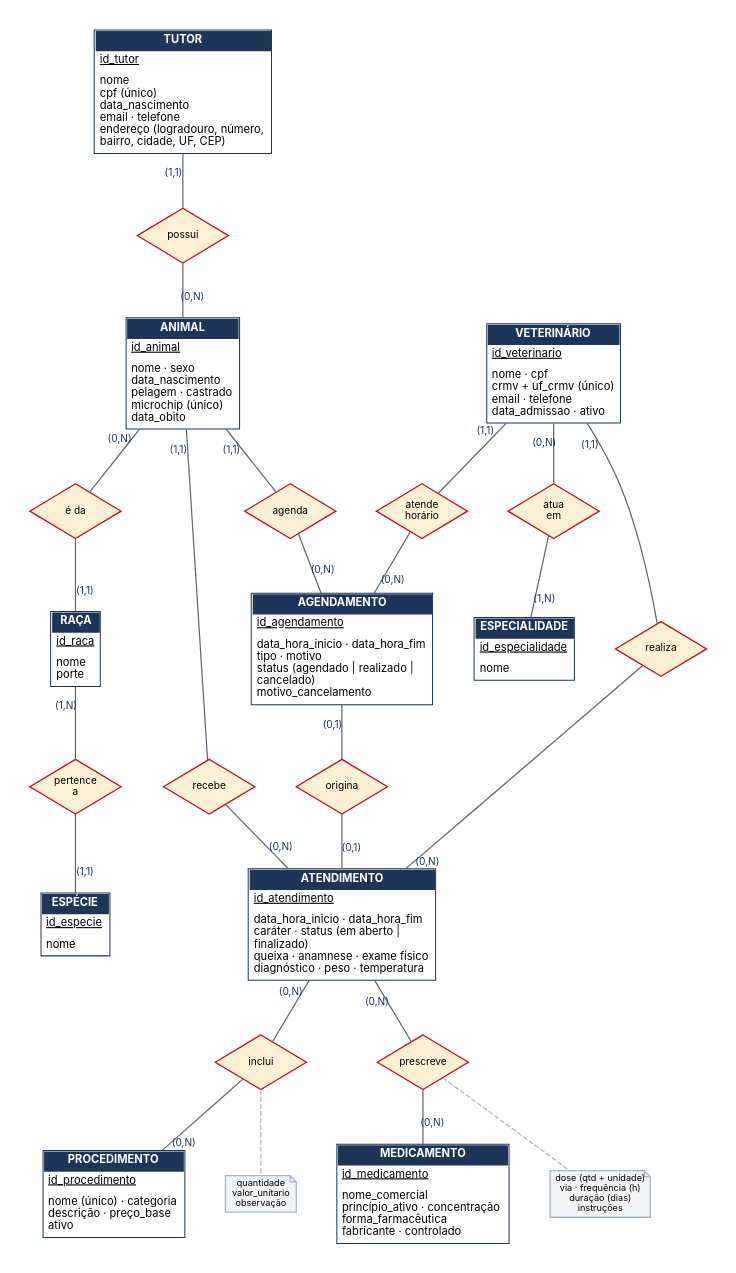
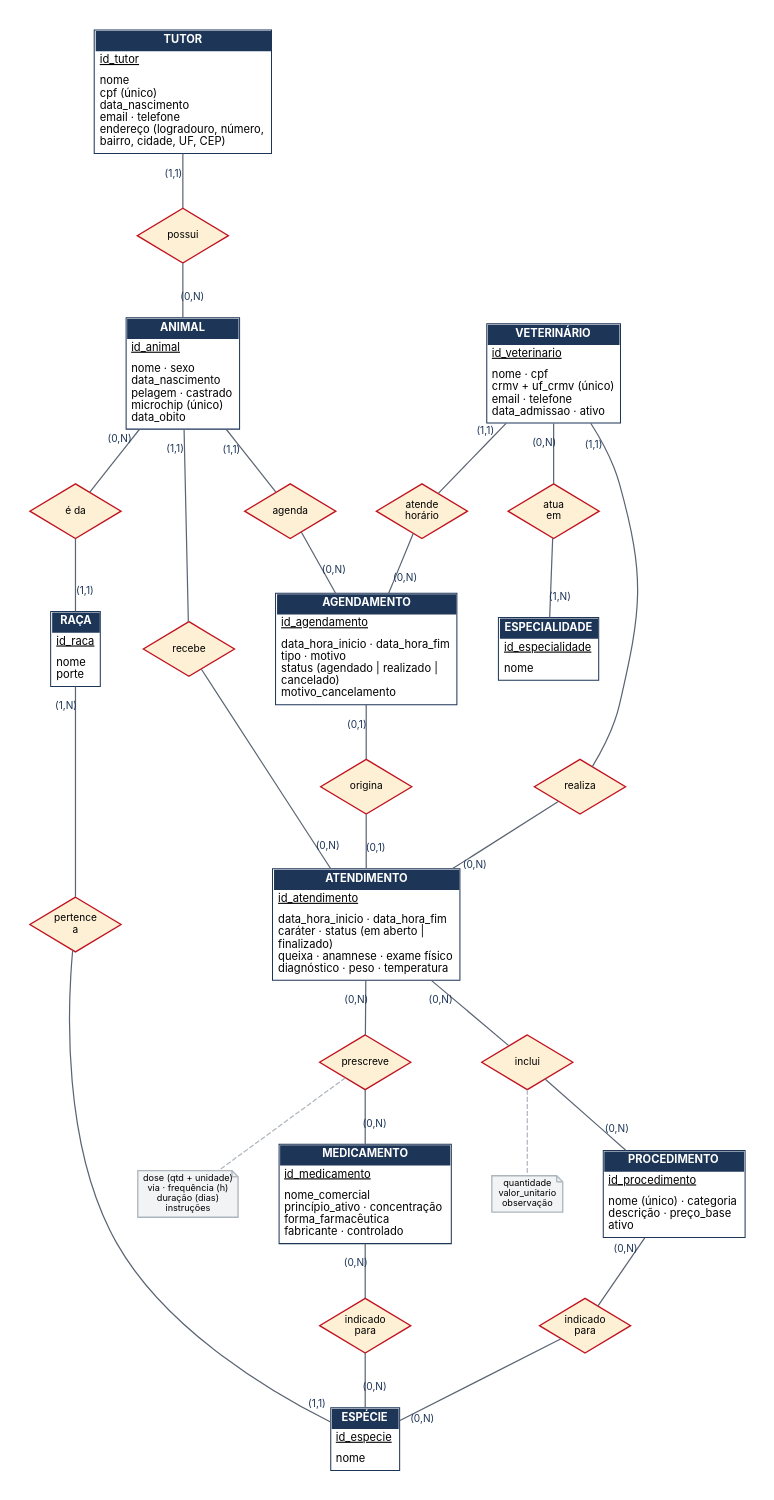
Before and after one commit to SaMoCaSa00/clinica-veterinaria: the diagram in docs/diagramas/der_conceitual.dot, drawn with Graphviz. The commit also changed 26 other files, not shown here.

```diff
--- a/docs/diagramas/der_conceitual.dot
+++ b/docs/diagramas/der_conceitual.dot
@@ -1,118 +1,125 @@
 // Modelo conceitual — Diagrama Entidade-Relacionamento (notação de Chen)
 // Cardinalidade (mín,máx) escrita junto à entidade: quantas ocorrências DELA
 // se associam a UMA ocorrência da entidade do outro lado do relacionamento.
 // Gerar: dot -Tsvg der_conceitual.dot -o der_conceitual.svg
 graph DER {
     graph [layout=dot, rankdir=TB, splines=true, nodesep=0.55, ranksep=0.75,
            fontname="Inter", pad=0.3, bgcolor="white"];
     node  [fontname="Inter", fontsize=11];
     edge  [fontname="Inter", fontsize=10, color="#5b6472", penwidth=1.2,
            labelfontname="Inter", labelfontsize=10, labelfontcolor="#1d3557"];
 
     // ---------- entidades ----------
     node [shape=plain];
     Tutor [label=<
       <TABLE BORDER="1.5" CELLBORDER="0" CELLSPACING="0" CELLPADDING="4" COLOR="#1d3557">
         <TR><TD BGCOLOR="#1d3557"><FONT COLOR="white"><B>TUTOR</B></FONT></TD></TR>
         <TR><TD ALIGN="LEFT"><U>id_tutor</U></TD></TR><TR><TD ALIGN="LEFT" BALIGN="LEFT">nome<BR/>cpf (único)<BR/>data_nascimento<BR/>email · telefone<BR/>endereço (logradouro, número,<BR/>bairro, cidade, UF, CEP)</TD></TR>
       </TABLE>>];
     Animal [label=<
       <TABLE BORDER="1.5" CELLBORDER="0" CELLSPACING="0" CELLPADDING="4" COLOR="#1d3557">
         <TR><TD BGCOLOR="#1d3557"><FONT COLOR="white"><B>ANIMAL</B></FONT></TD></TR>
         <TR><TD ALIGN="LEFT"><U>id_animal</U></TD></TR><TR><TD ALIGN="LEFT" BALIGN="LEFT">nome · sexo<BR/>data_nascimento<BR/>pelagem · castrado<BR/>microchip (único)<BR/>data_obito</TD></TR>
       </TABLE>>];
     Especie [label=<
       <TABLE BORDER="1.5" CELLBORDER="0" CELLSPACING="0" CELLPADDING="4" COLOR="#1d3557">
         <TR><TD BGCOLOR="#1d3557"><FONT COLOR="white"><B>ESPÉCIE</B></FONT></TD></TR>
         <TR><TD ALIGN="LEFT"><U>id_especie</U></TD></TR><TR><TD ALIGN="LEFT" BALIGN="LEFT">nome</TD></TR>
       </TABLE>>];
     Raca [label=<
       <TABLE BORDER="1.5" CELLBORDER="0" CELLSPACING="0" CELLPADDING="4" COLOR="#1d3557">
         <TR><TD BGCOLOR="#1d3557"><FONT COLOR="white"><B>RAÇA</B></FONT></TD></TR>
         <TR><TD ALIGN="LEFT"><U>id_raca</U></TD></TR><TR><TD ALIGN="LEFT" BALIGN="LEFT">nome<BR/>porte</TD></TR>
       </TABLE>>];
     Veterinario [label=<
       <TABLE BORDER="1.5" CELLBORDER="0" CELLSPACING="0" CELLPADDING="4" COLOR="#1d3557">
         <TR><TD BGCOLOR="#1d3557"><FONT COLOR="white"><B>VETERINÁRIO</B></FONT></TD></TR>
         <TR><TD ALIGN="LEFT"><U>id_veterinario</U></TD></TR><TR><TD ALIGN="LEFT" BALIGN="LEFT">nome · cpf<BR/>crmv + uf_crmv (único)<BR/>email · telefone<BR/>data_admissao · ativo</TD></TR>
       </TABLE>>];
     Especialidade [label=<
       <TABLE BORDER="1.5" CELLBORDER="0" CELLSPACING="0" CELLPADDING="4" COLOR="#1d3557">
         <TR><TD BGCOLOR="#1d3557"><FONT COLOR="white"><B>ESPECIALIDADE</B></FONT></TD></TR>
         <TR><TD ALIGN="LEFT"><U>id_especialidade</U></TD></TR><TR><TD ALIGN="LEFT" BALIGN="LEFT">nome</TD></TR>
       </TABLE>>];
     Agendamento [label=<
       <TABLE BORDER="1.5" CELLBORDER="0" CELLSPACING="0" CELLPADDING="4" COLOR="#1d3557">
         <TR><TD BGCOLOR="#1d3557"><FONT COLOR="white"><B>AGENDAMENTO</B></FONT></TD></TR>
         <TR><TD ALIGN="LEFT"><U>id_agendamento</U></TD></TR><TR><TD ALIGN="LEFT" BALIGN="LEFT">data_hora_inicio · data_hora_fim<BR/>tipo · motivo<BR/>status (agendado | realizado |<BR/>cancelado)<BR/>motivo_cancelamento</TD></TR>
       </TABLE>>];
     Atendimento [label=<
       <TABLE BORDER="1.5" CELLBORDER="0" CELLSPACING="0" CELLPADDING="4" COLOR="#1d3557">
         <TR><TD BGCOLOR="#1d3557"><FONT COLOR="white"><B>ATENDIMENTO</B></FONT></TD></TR>
         <TR><TD ALIGN="LEFT"><U>id_atendimento</U></TD></TR><TR><TD ALIGN="LEFT" BALIGN="LEFT">data_hora_inicio · data_hora_fim<BR/>caráter · status (em aberto |<BR/>finalizado)<BR/>queixa · anamnese · exame físico<BR/>diagnóstico · peso · temperatura</TD></TR>
       </TABLE>>];
     Procedimento [label=<
       <TABLE BORDER="1.5" CELLBORDER="0" CELLSPACING="0" CELLPADDING="4" COLOR="#1d3557">
         <TR><TD BGCOLOR="#1d3557"><FONT COLOR="white"><B>PROCEDIMENTO</B></FONT></TD></TR>
         <TR><TD ALIGN="LEFT"><U>id_procedimento</U></TD></TR><TR><TD ALIGN="LEFT" BALIGN="LEFT">nome (único) · categoria<BR/>descrição · preço_base<BR/>ativo</TD></TR>
       </TABLE>>];
     Medicamento [label=<
       <TABLE BORDER="1.5" CELLBORDER="0" CELLSPACING="0" CELLPADDING="4" COLOR="#1d3557">
         <TR><TD BGCOLOR="#1d3557"><FONT COLOR="white"><B>MEDICAMENTO</B></FONT></TD></TR>
         <TR><TD ALIGN="LEFT"><U>id_medicamento</U></TD></TR><TR><TD ALIGN="LEFT" BALIGN="LEFT">nome_comercial<BR/>princípio_ativo · concentração<BR/>forma_farmacêutica<BR/>fabricante · controlado</TD></TR>
       </TABLE>>];
 
     // ---------- relacionamentos ----------
     node [shape=diamond, style="filled", fillcolor="#fdf0d5", color="#c1121f",
           penwidth=1.3, fontsize=10, margin="0.02,0.02", width=1.25, height=0.75];
     r_possui      [label="possui"];
     r_raca        [label="é da"];
     r_especie     [label="pertence\na"];
     r_atua        [label="atua\nem"];
     r_agenda      [label="agenda"];
     r_resp        [label="atende\nhorário"];
     r_origina     [label="origina"];
     r_recebe      [label="recebe"];
     r_realiza     [label="realiza"];
     r_inclui      [label="inclui"];
     r_prescreve   [label="prescreve"];
+    r_ind_proc    [label="indicado\npara"];
+    r_ind_med     [label="indicado\npara"];
 
     // atributos de relacionamento (N:N)
     node [shape=note, style="filled", fillcolor="#f1f3f5", color="#adb5bd",
           fontsize=9, width=0, height=0, margin="0.08,0.04"];
     a_inclui    [label="quantidade\nvalor_unitario\nobservação"];
     a_prescreve [label="dose (qtd + unidade)\nvia · frequência (h)\nduração (dias)\ninstruções"];
 
     // ---------- ligações (headlabel = cardinalidade junto à entidade) ----------
     Tutor       -- r_possui    [taillabel="(1,1)", labeldistance=2.2];
     r_possui    -- Animal      [headlabel="(0,N)", labeldistance=2.2];
 
     Animal      -- r_raca      [taillabel="(0,N)", labeldistance=2.2];
     r_raca      -- Raca        [headlabel="(1,1)", labeldistance=2.2];
     Raca        -- r_especie   [taillabel="(1,N)", labeldistance=2.2];
     r_especie   -- Especie     [headlabel="(1,1)", labeldistance=2.2];
 
     Animal      -- r_agenda    [taillabel="(1,1)", labeldistance=2.2];
     r_agenda    -- Agendamento [headlabel="(0,N)", labeldistance=2.2];
     Veterinario -- r_resp      [taillabel="(1,1)", labeldistance=2.2];
     r_resp      -- Agendamento [headlabel="(0,N)", labeldistance=2.2];
 
     Agendamento -- r_origina   [taillabel="(0,1)", labeldistance=2.2];
     r_origina   -- Atendimento [headlabel="(0,1)", labeldistance=2.2];
 
     Animal      -- r_recebe    [taillabel="(1,1)", labeldistance=2.2];
     r_recebe    -- Atendimento [headlabel="(0,N)", labeldistance=2.2];
     Veterinario -- r_realiza   [taillabel="(1,1)", labeldistance=2.2];
     r_realiza   -- Atendimento [headlabel="(0,N)", labeldistance=2.2];
 
     Veterinario -- r_atua      [taillabel="(0,N)", labeldistance=2.2];
     r_atua      -- Especialidade [headlabel="(1,N)", labeldistance=2.2];
 
     Atendimento -- r_inclui    [taillabel="(0,N)", labeldistance=2.2];
     r_inclui    -- Procedimento [headlabel="(0,N)", labeldistance=2.2];
     Atendimento -- r_prescreve [taillabel="(0,N)", labeldistance=2.2];
     r_prescreve -- Medicamento [headlabel="(0,N)", labeldistance=2.2];
 
+    Procedimento -- r_ind_proc [taillabel="(0,N)", labeldistance=2.2];
+    r_ind_proc  -- Especie     [headlabel="(0,N)", labeldistance=2.2];
+    Medicamento -- r_ind_med   [taillabel="(0,N)", labeldistance=2.2];
+    r_ind_med   -- Especie     [headlabel="(0,N)", labeldistance=2.2];
+
     r_inclui    -- a_inclui    [style=dashed, color="#adb5bd"];
     r_prescreve -- a_prescreve [style=dashed, color="#adb5bd"];
 }
```
